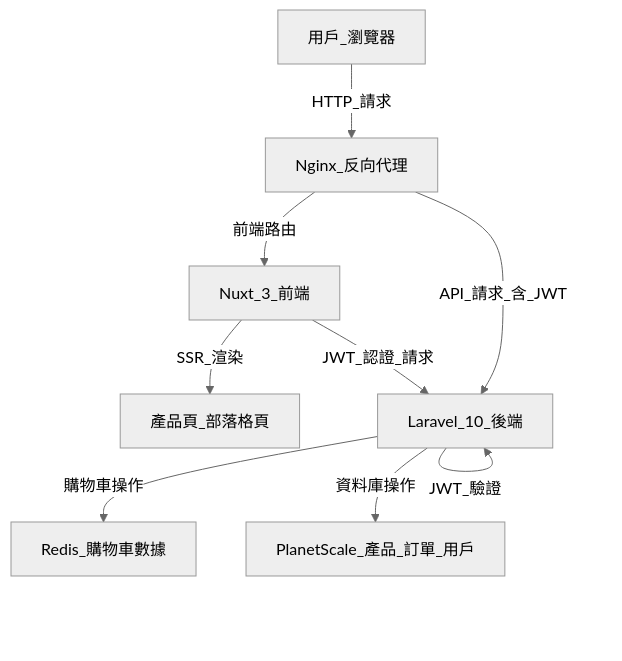
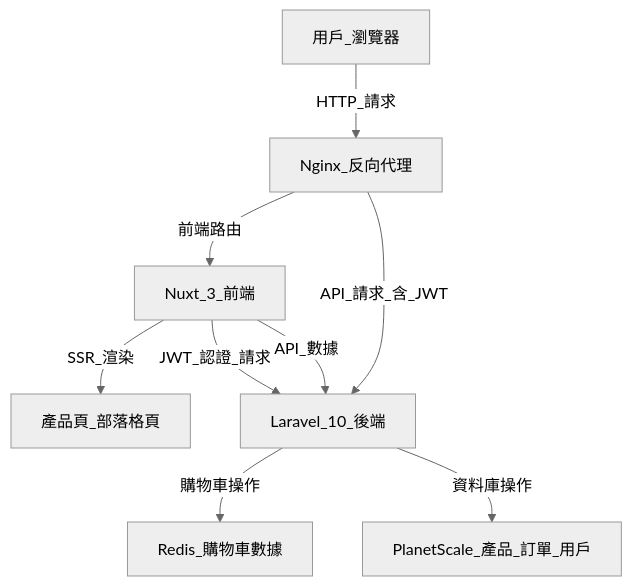
The diagram in README.md (BpsEason/PetJoyEcommerce), drawn with Mermaid (neutral theme) before and after one commit.

````diff
--- a/README.md
+++ b/README.md
@@ -24,11 +24,11 @@
 ```mermaid
 graph TD
     A[用戶_瀏覽器] -->|HTTP_請求| B[Nginx_反向代理]
     B -->|前端路由| C[Nuxt_3_前端]
     C -->|SSR_渲染| E[產品頁_部落格頁]
     C -->|JWT_認證_請求| D[Laravel_10_後端]
     B -->|API_請求_含_JWT| D
-    D -->|JWT_驗證| D
+    C -->|API_數據| D
     D -->|購物車操作| G[Redis_購物車數據]
     D -->|資料庫操作| H[PlanetScale_產品_訂單_用戶]
 ```
````
